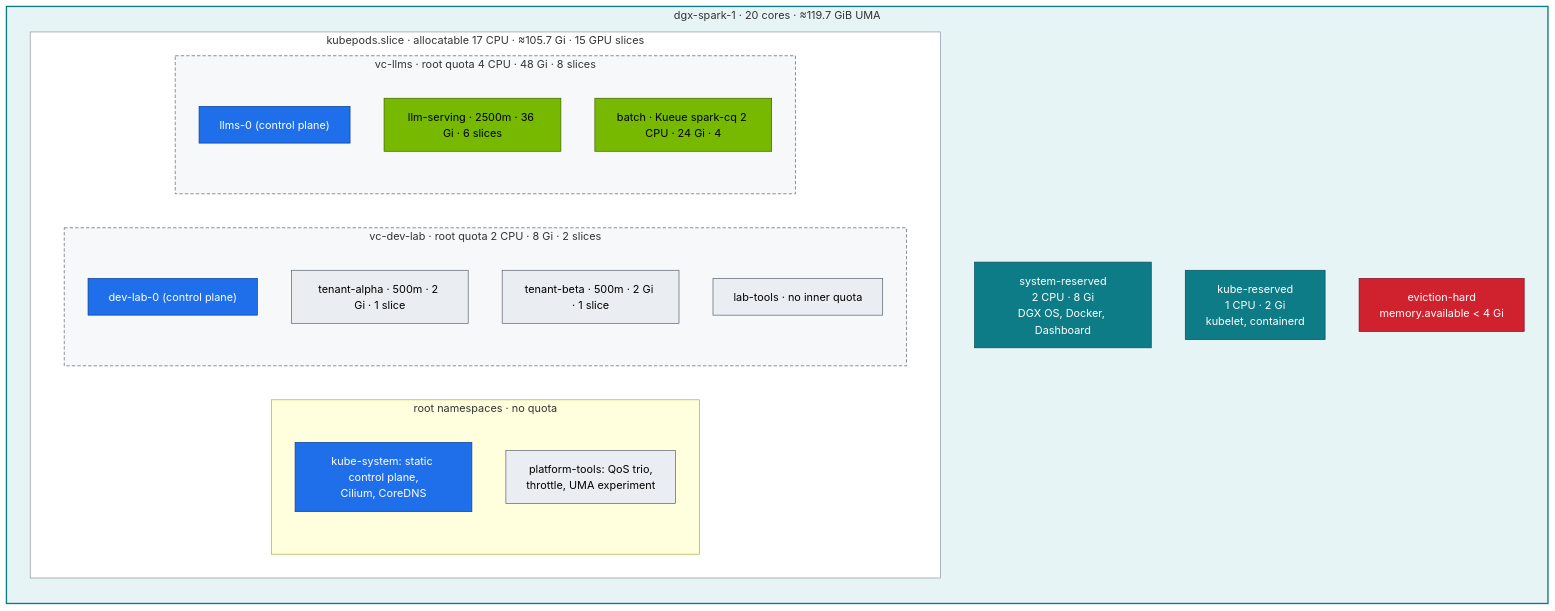
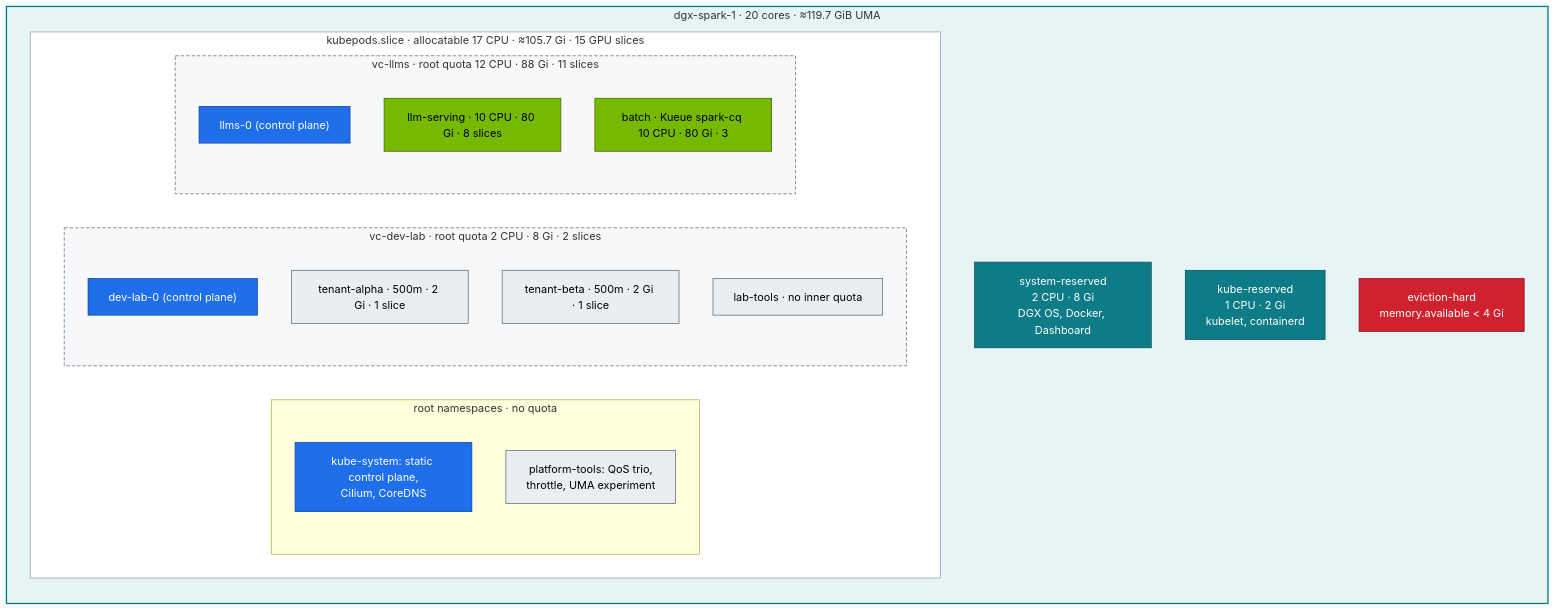
One commit to cloudone365/technical-depth changed the diagram in 02-Kubernetes/14-multi-tenancy-resource-quotas-and-cgroups.md. Above: the diagram before and after it, drawn with Mermaid. The commit also changed other lines of this file and 48 other files, not shown here.

````diff
--- a/02-Kubernetes/14-multi-tenancy-resource-quotas-and-cgroups.md
+++ b/02-Kubernetes/14-multi-tenancy-resource-quotas-and-cgroups.md
@@ -33,43 +33,43 @@
 ```mermaid
 flowchart TB
   subgraph NODE["dgx-spark-1 · 20 cores · ≈119.7 GiB UMA"]
     direction TB
     SR["system-reserved<br/>2 CPU · 8 Gi<br/>DGX OS, Docker, Dashboard"]
     KR["kube-reserved<br/>1 CPU · 2 Gi<br/>kubelet, containerd"]
     EV["eviction-hard<br/>memory.available &lt; 4 Gi"]
     subgraph KP["kubepods.slice · allocatable 17 CPU · ≈105.7 Gi · 15 GPU slices"]
       direction LR
       subgraph RT["root namespaces · no quota"]
         CPL["kube-system: static control plane,<br/>Cilium, CoreDNS"]
         PT["platform-tools: QoS trio,<br/>throttle, UMA experiment"]
       end
       subgraph VD["vc-dev-lab · root quota 2 CPU · 8 Gi · 2 slices"]
         direction TB
         DCP["dev-lab-0 (control plane)"]
         TA["tenant-alpha · 500m · 2 Gi · 1 slice"]
         TB["tenant-beta · 500m · 2 Gi · 1 slice"]
         LT["lab-tools · no inner quota"]
       end
-      subgraph VL["vc-llms · root quota 4 CPU · 48 Gi · 8 slices"]
+      subgraph VL["vc-llms · root quota 12 CPU · 88 Gi · 11 slices"]
         direction TB
         LCP["llms-0 (control plane)"]
-        LS["llm-serving · 2500m · 36 Gi · 6 slices"]
-        BQ["batch · Kueue spark-cq 2 CPU · 24 Gi · 4"]
+        LS["llm-serving · 10 CPU · 80 Gi · 8 slices"]
+        BQ["batch · Kueue spark-cq 10 CPU · 80 Gi · 3"]
       end
     end
   end
   classDef sec fill:#cf222e,stroke:#82071e,color:#fff
   classDef node fill:#0e7c86,stroke:#064e54,color:#fff
   classDef ctrl fill:#1f6feb,stroke:#0b3d91,color:#fff
   classDef gpu fill:#76b900,stroke:#3d6000,color:#000
   classDef tenant fill:#eaeef2,stroke:#57606a,color:#000
   class SR,KR node
   class EV sec
   class CPL,DCP,LCP ctrl
   class LS,BQ gpu
   class TA,TB,LT,PT tenant
   style NODE fill:#e6f4f5,stroke:#0e7c86,stroke-width:2px
   style KP fill:#ffffff,stroke:#8c959f
   style VD fill:#f6f8fa,stroke:#57606a,stroke-dasharray:5 3
   style VL fill:#f6f8fa,stroke:#57606a,stroke-dasharray:5 3
 ```
````
